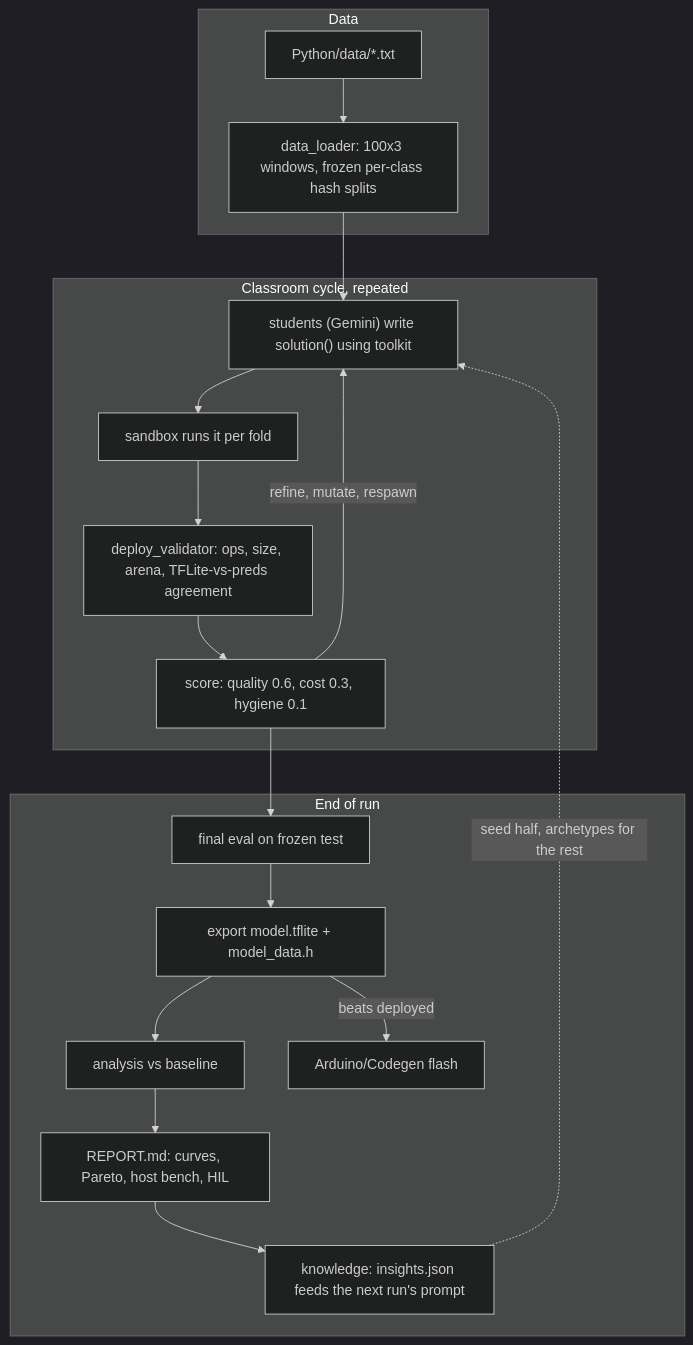
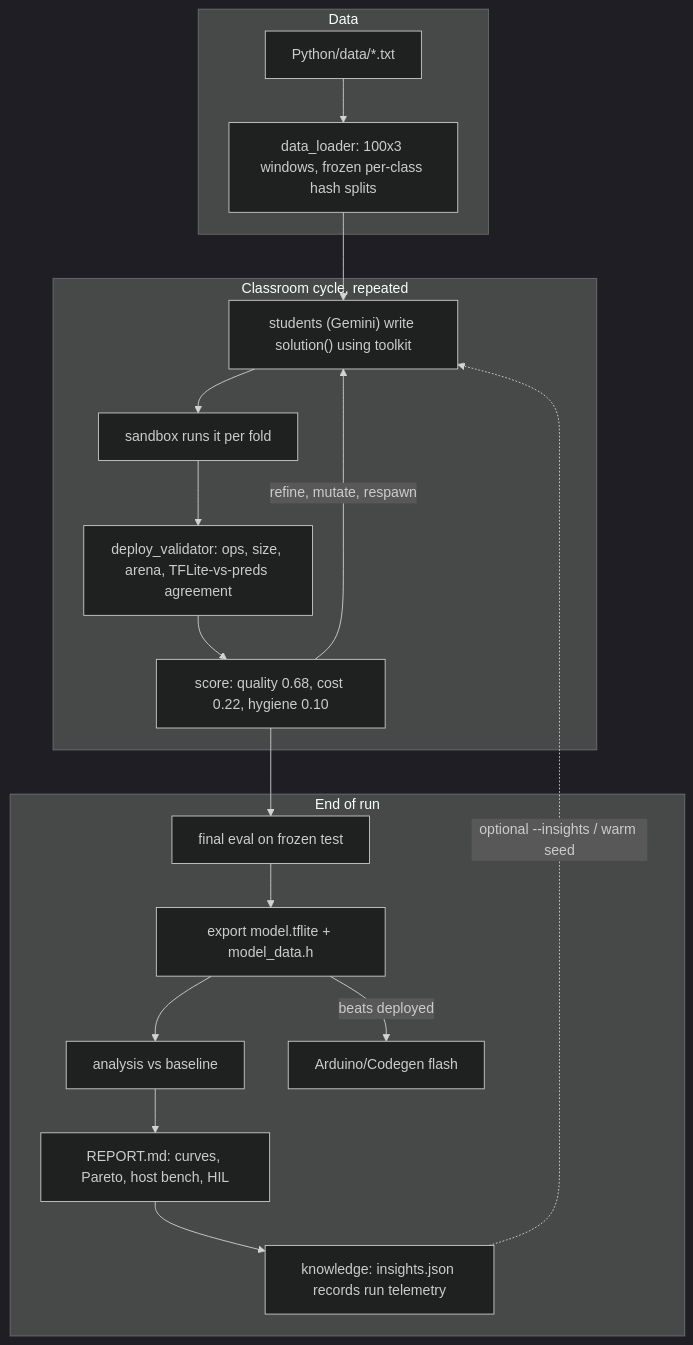
The diagram in Python/codegen_task/README.md (jake-g/ml-on-device-playground), drawn with Mermaid (dark theme) before and after one commit. The commit also changed other lines of this file and 52 other files, not shown here.

````diff
--- a/Python/codegen_task/README.md
+++ b/Python/codegen_task/README.md
@@ -10,21 +71,21 @@
 ```mermaid
 flowchart TB
   subgraph data [Data]
     A["Python/data/*.txt"] --> B["data_loader: 100x3 windows, frozen per-class hash splits"]
   end
   subgraph classroom [Classroom cycle, repeated]
     C["students (Gemini) write solution() using toolkit"] --> D["sandbox runs it per fold"]
     D --> E["deploy_validator: ops, size, arena, TFLite-vs-preds agreement"]
-    E --> F["score: quality 0.6, cost 0.3, hygiene 0.1"]
+    E --> F["score: quality 0.68, cost 0.22, hygiene 0.10"]
     F -->|refine, mutate, respawn| C
   end
   subgraph finish [End of run]
     G["final eval on frozen test"] --> H["export model.tflite + model_data.h"]
     H --> I["analysis vs baseline"] --> J["REPORT.md: curves, Pareto, host bench, HIL"]
-    J --> K["knowledge: insights.json feeds the next run's prompt"]
+    J --> K["knowledge: insights.json records run telemetry"]
     H -->|beats deployed| L["Arduino/Codegen flash"]
   end
   B --> C
   F --> G
-  K -.->|seed half, archetypes for the rest| C
+  K -.->|optional --insights / warm seed| C
 ```
````
